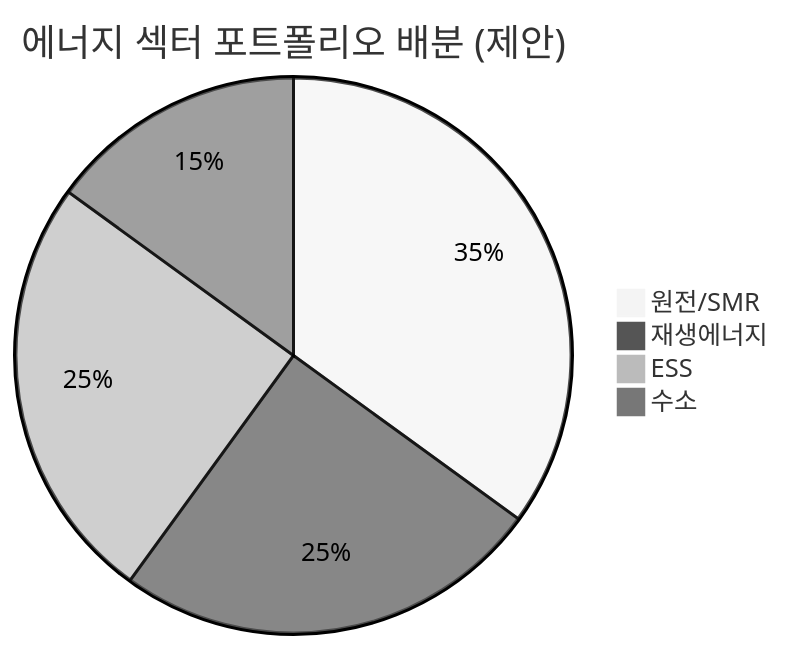
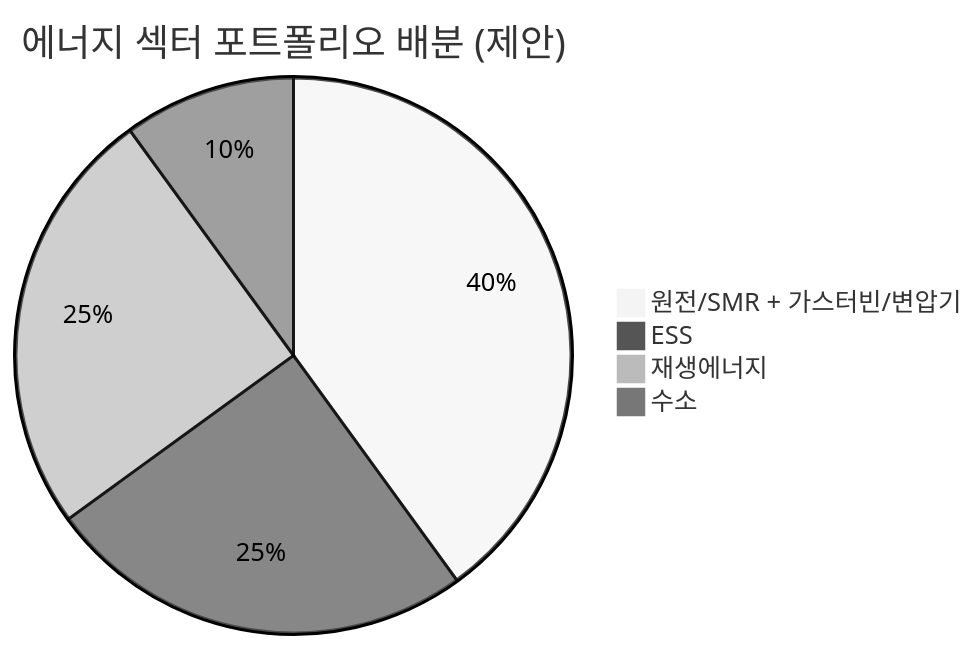
Before and after one commit to dss99911/dss99911.github.io: the eighth of 8 diagrams in _posts/knowledge/invest/2026-03-07-energy-sector-outlook-2026.md, drawn with Mermaid (neutral theme). The commit also changed other lines of this file and 5 other files, not shown here.

````diff
--- a/_posts/knowledge/invest/2026-03-07-energy-sector-outlook-2026.md
+++ b/_posts/knowledge/invest/2026-03-07-energy-sector-outlook-2026.md
@@ -304,7 +400,7 @@
 ```mermaid
 pie title 에너지 섹터 포트폴리오 배분 (제안)
-    "원전/SMR" : 35
+    "원전/SMR + 가스터빈/변압기" : 40
+    "ESS" : 25
     "재생에너지" : 25
-    "ESS" : 25
-    "수소" : 15
+    "수소" : 10
 ```
````
